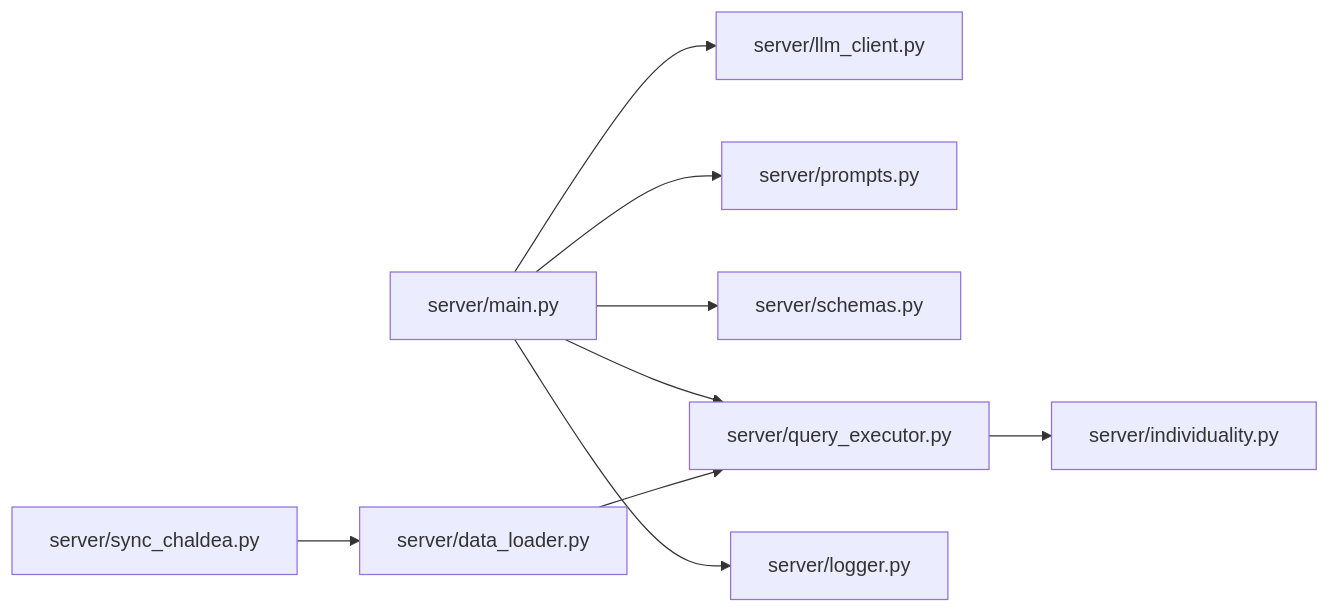
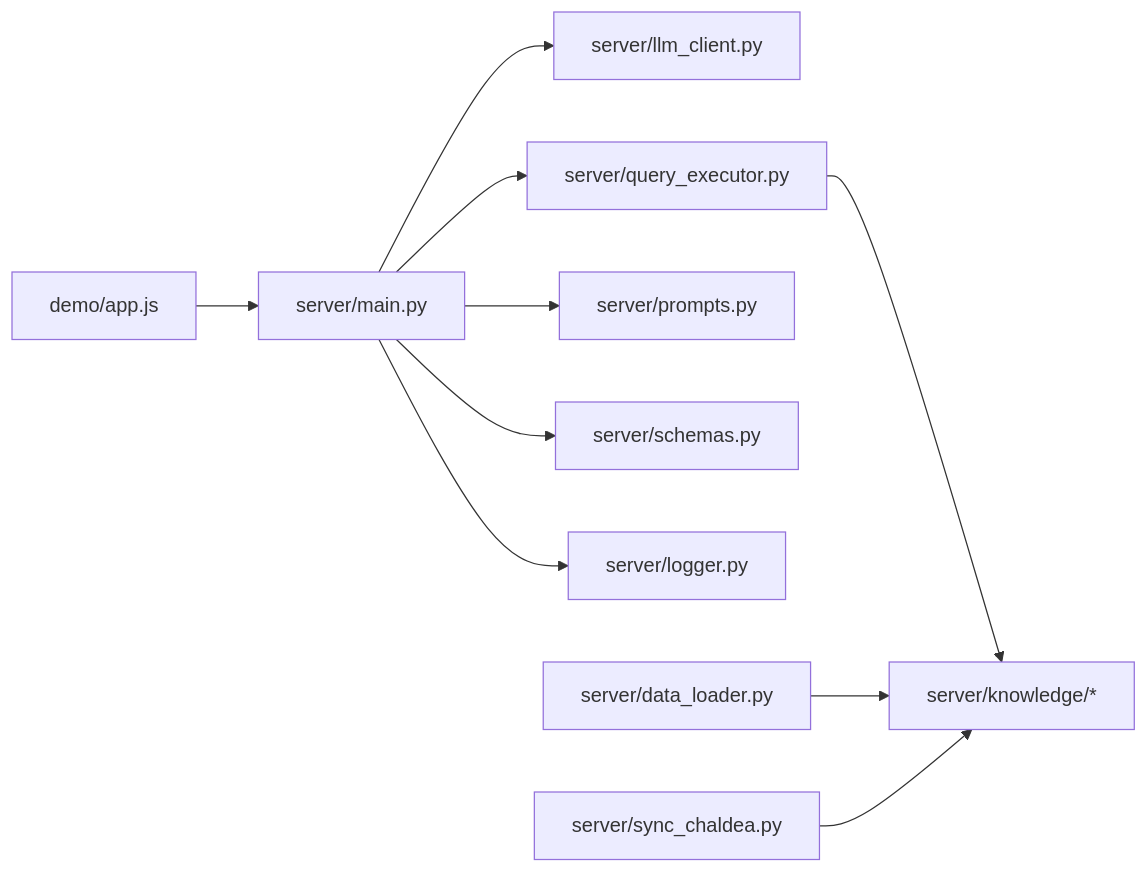
One commit to kanoha222/Laplace changed the fifth of 6 diagrams in .qoder/repowiki/zh/content/系统架构/系统架构.md. Above: the diagram before and after it, drawn with Mermaid. The commit also changed other lines of this file and 54 other files, not shown here.

````diff
--- a/.qoder/repowiki/zh/content/系统架构/系统架构.md
+++ b/.qoder/repowiki/zh/content/系统架构/系统架构.md
@@ -393,11 +278,12 @@
 ```mermaid
 graph LR
 MAIN["server/main.py"] --> LLM["server/llm_client.py"]
+MAIN --> QRY["server/query_executor.py"]
 MAIN --> PROMPT["server/prompts.py"]
 MAIN --> SCHEMA["server/schemas.py"]
-MAIN --> EXEC["server/query_executor.py"]
 MAIN --> LOG["server/logger.py"]
-EXEC --> IND["server/individuality.py"]
-DL["server/data_loader.py"] --> EXEC
-SYNC["server/sync_chaldea.py"] --> DL
+QRY --> KNOW["server/knowledge/*"]
+DATA["server/data_loader.py"] --> KNOW
+SYNC["server/sync_chaldea.py"] --> KNOW
+FE["demo/app.js"] --> MAIN
 ```
````
